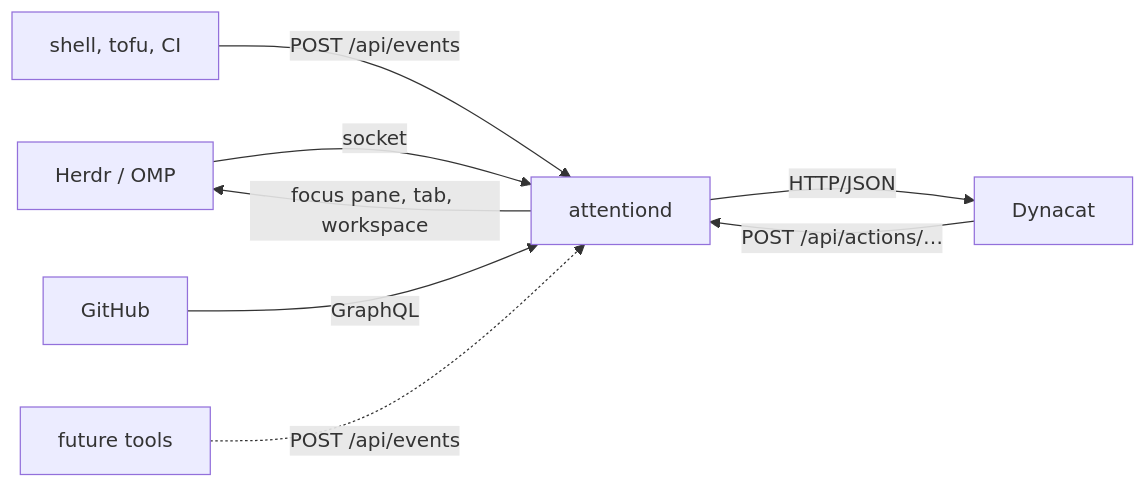
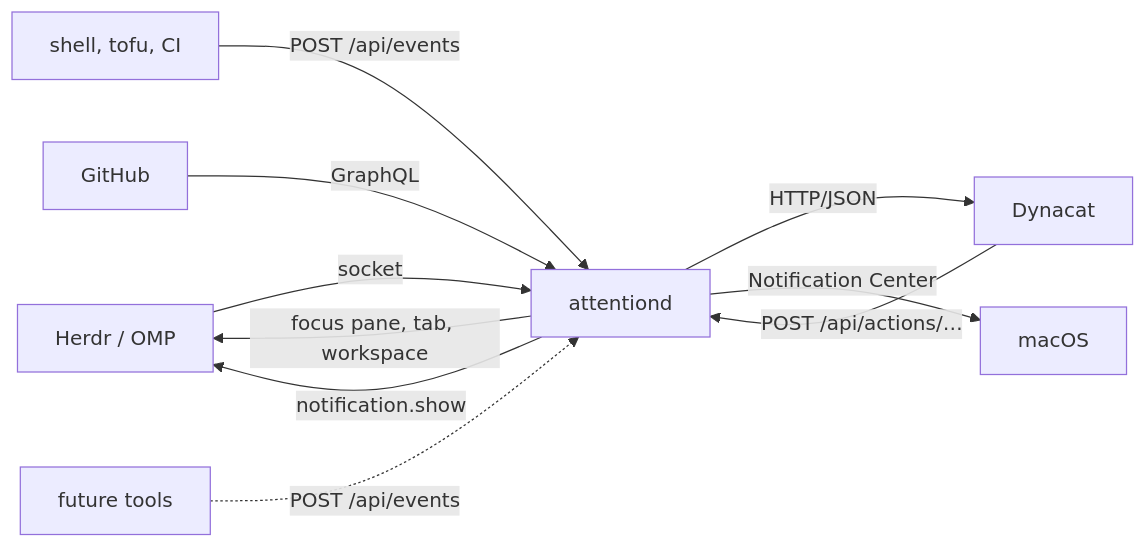
Before and after one commit to mach4-braai/attentiond: the diagram in README.md, drawn with Mermaid. The commit also changed other lines of this file and 11 other files, not shown here.

````diff
--- a/README.md
+++ b/README.md
@@ -7,12 +8,14 @@
 ```mermaid
 flowchart LR
     herdr["Herdr / OMP"] -- "socket" --> attentiond
     shell["shell, tofu, CI"] -- "POST /api/events" --> attentiond
     github["GitHub"] -- "GraphQL" --> attentiond
     future["future tools"] -. "POST /api/events" .-> attentiond
 
     attentiond["attentiond"] -- "HTTP/JSON" --> dynacat["Dynacat"]
     dynacat -- "POST /api/actions/…" --> attentiond
 
     attentiond -- "focus pane, tab, workspace" --> herdr
+    attentiond -- "notification.show" --> herdr
+    attentiond -- "Notification Center" --> desktop["macOS"]
 ```
````
